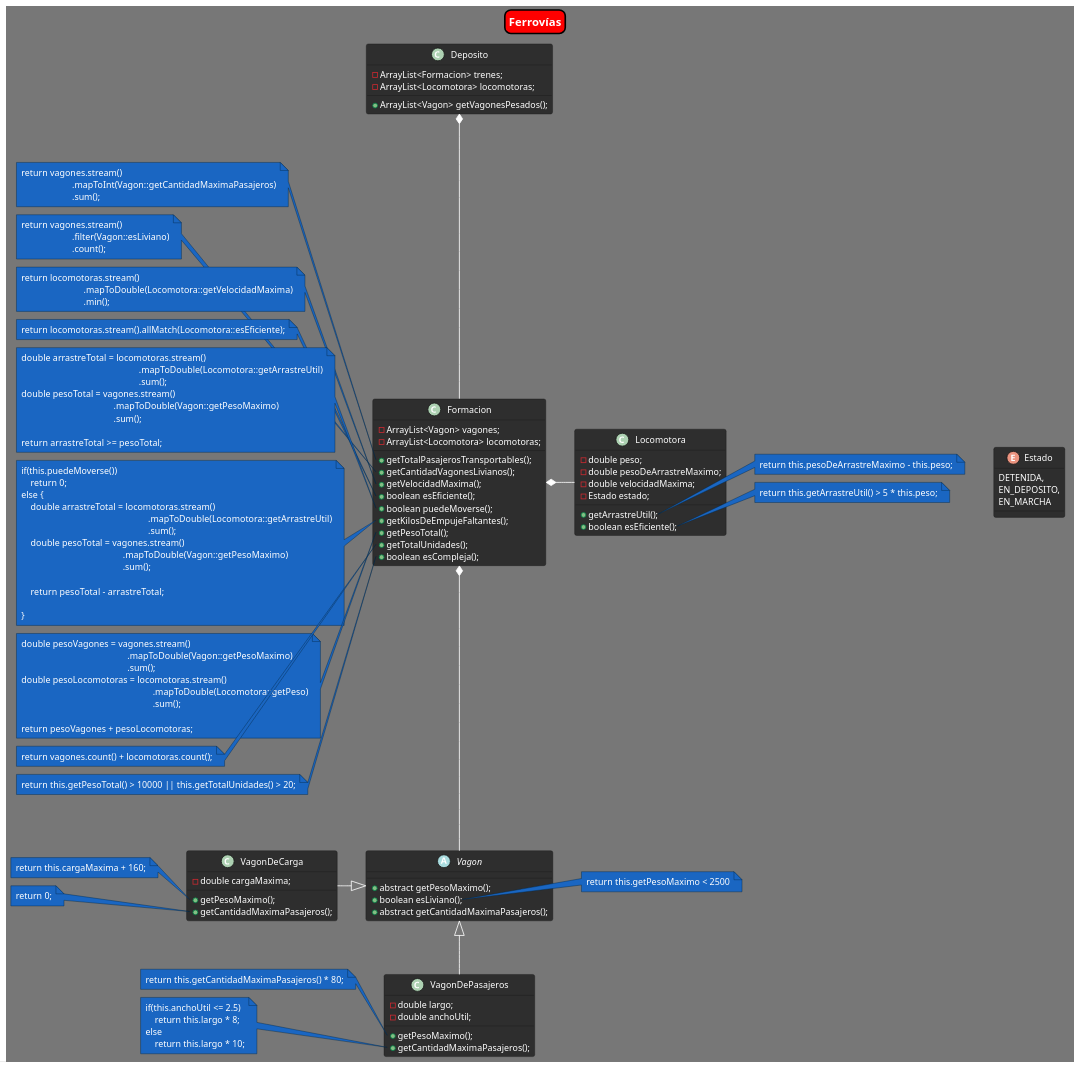
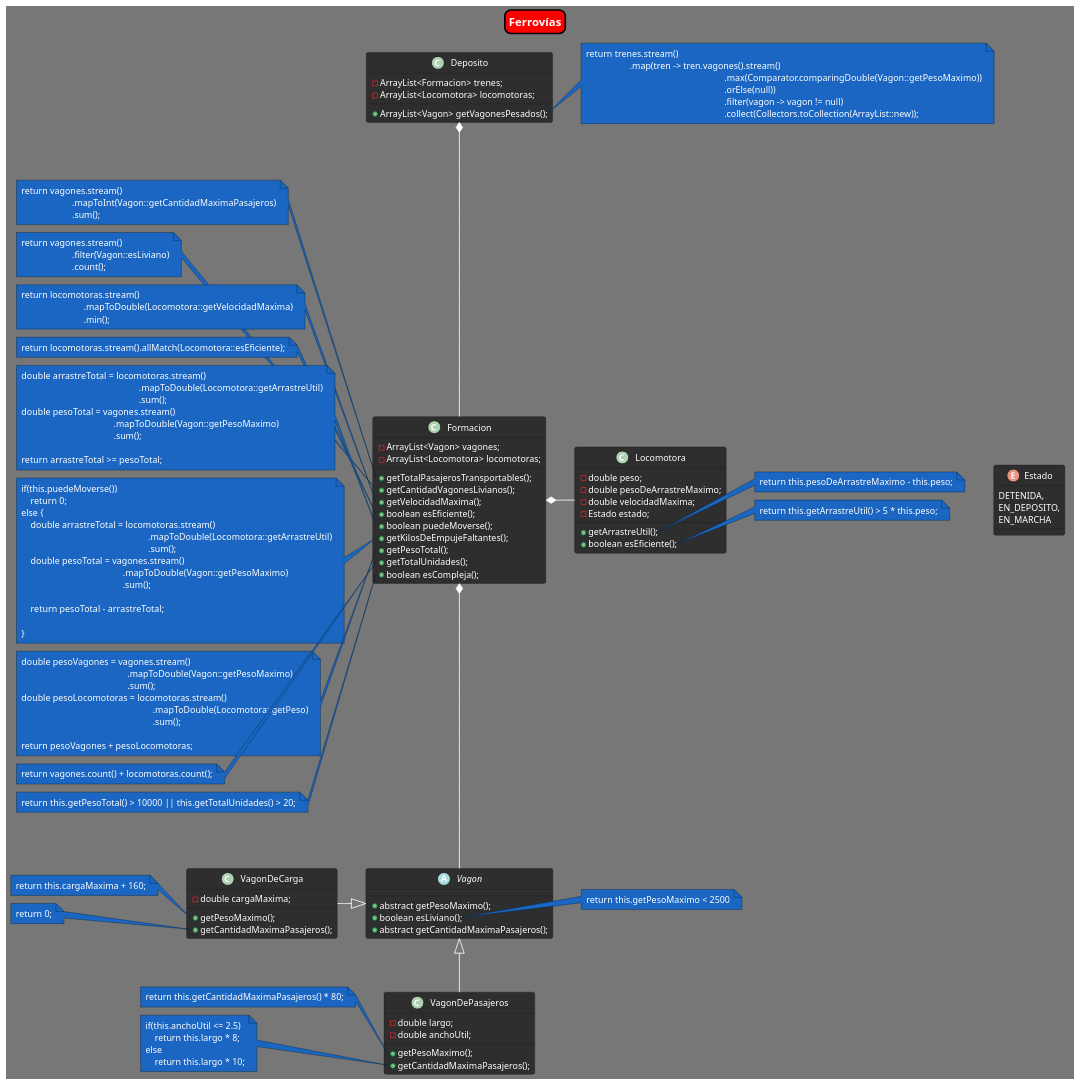
One commit to m-doce/ejercicios_utn changed the diagram in EjercicioTrenesYDepositos/src/diagrama.puml. Above: the diagram before and after it, drawn with PlantUML.

Commit message:
Se agregan notas con las funcionalidades de la clase Deposito

```diff
--- a/EjercicioTrenesYDepositos/src/diagrama.puml
+++ b/EjercicioTrenesYDepositos/src/diagrama.puml
@@ -189,4 +189,14 @@
 return this.getPesoTotal() > 10000 || this.getTotalUnidades() > 20;
 endnote
 
+'<<<<<<<<<<<<<< Deposito <<<<<<<<<<<<<<
+note right of Deposito::getVagonesPesados
+return trenes.stream()
+                   .map(tren -> tren.vagones().stream()
+                                                            .max(Comparator.comparingDouble(Vagon::getPesoMaximo))
+                                                            .orElse(null))
+                                                            .filter(vagon -> vagon != null)
+                                                            .collect(Collectors.toCollection(ArrayList::new));
+endnote
+
 @enduml
```
